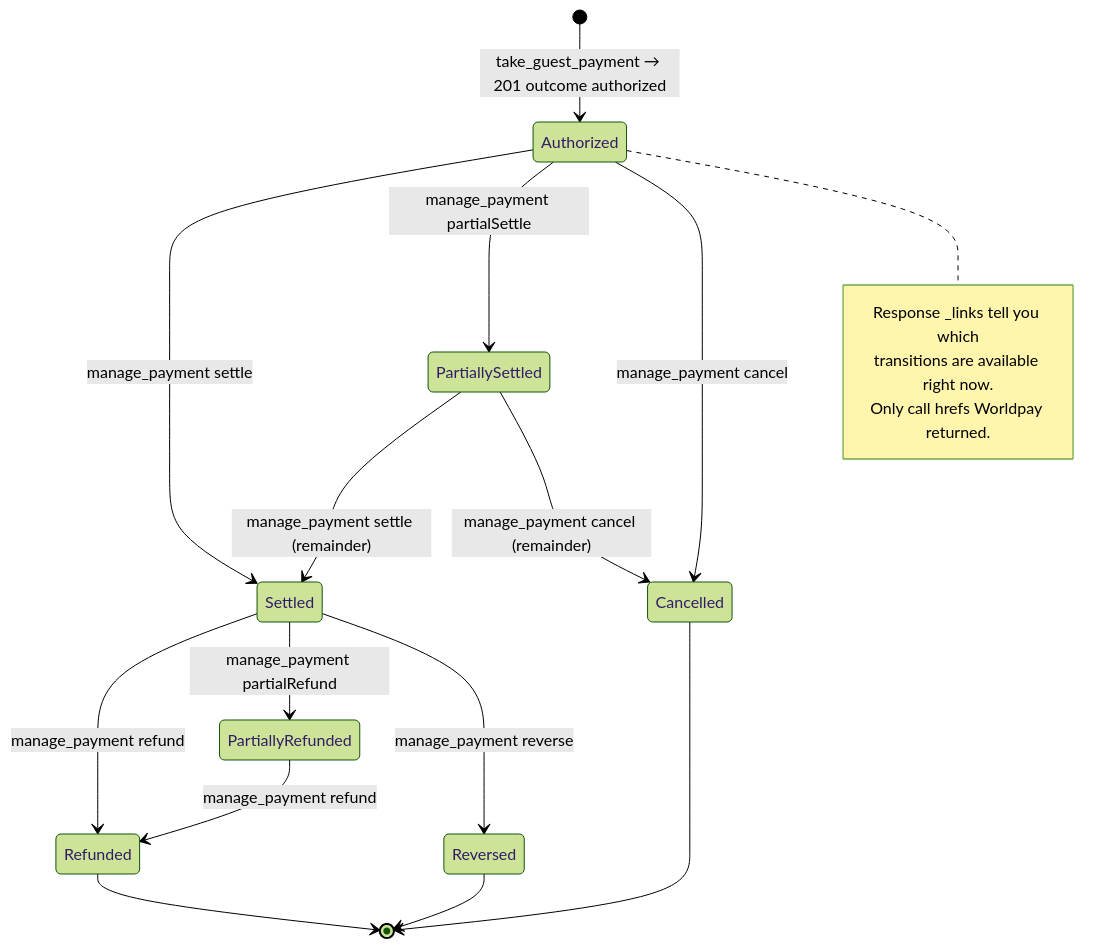
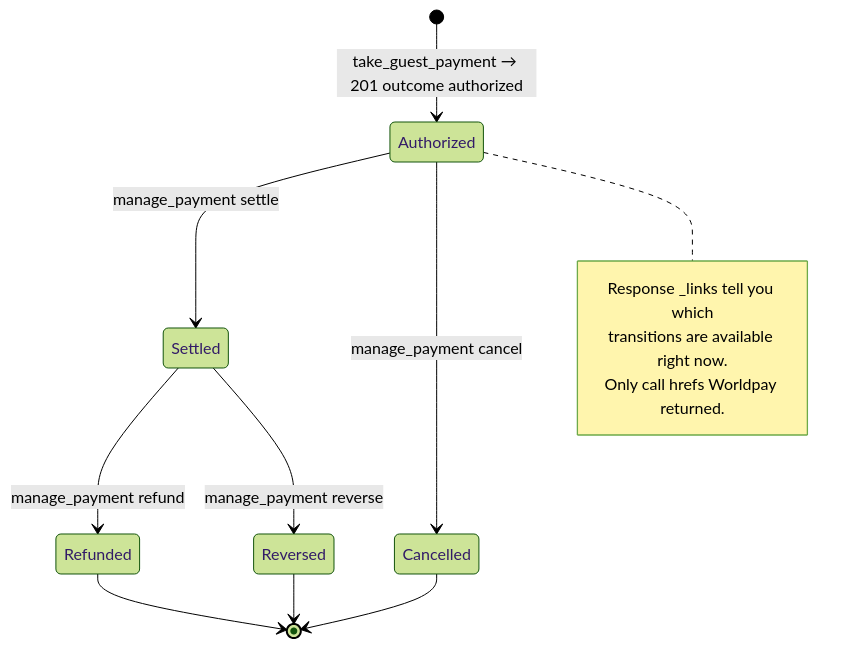
The fourth of 6 diagrams in docs/business-flows.md (davendra/worldpay-mcp), drawn with Mermaid (forest theme) before and after one commit. The commit also changed other lines of this file and 6 other files, not shown here.

````diff
--- a/docs/business-flows.md
+++ b/docs/business-flows.md
@@ -133,22 +133,17 @@
 ```mermaid
 stateDiagram-v2
     [*] --> Authorized: take_guest_payment → 201 outcome authorized
     Authorized --> Settled: manage_payment settle
-    Authorized --> PartiallySettled: manage_payment partialSettle
     Authorized --> Cancelled: manage_payment cancel
-    PartiallySettled --> Settled: manage_payment settle (remainder)
-    PartiallySettled --> Cancelled: manage_payment cancel (remainder)
     Settled --> Refunded: manage_payment refund
-    Settled --> PartiallyRefunded: manage_payment partialRefund
-    PartiallyRefunded --> Refunded: manage_payment refund
     Settled --> Reversed: manage_payment reverse
     Refunded --> [*]
     Cancelled --> [*]
     Reversed --> [*]
 
     note right of Authorized
         Response _links tell you which
         transitions are available right now.
         Only call hrefs Worldpay returned.
     end note
 ```
````
